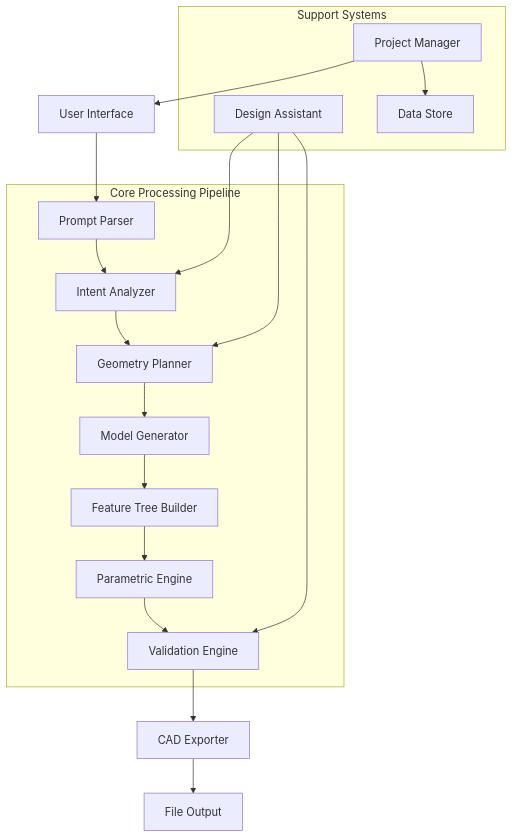
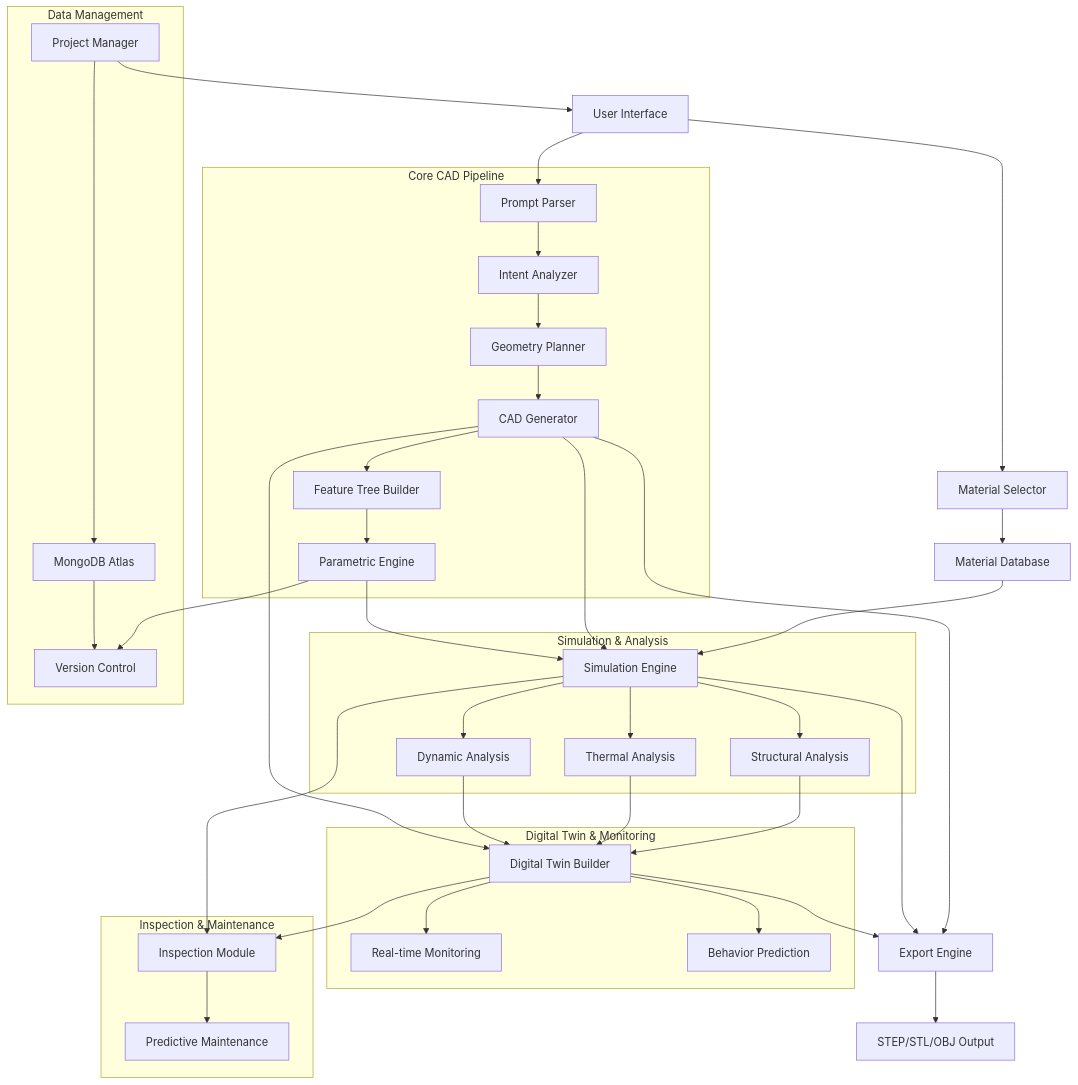
One commit to Yashvi2874/digiform_2.0 changed the diagram in design.md. Above: the diagram before and after it, drawn with Mermaid. The commit also changed other lines of this file and 2 other files, not shown here.

````diff
--- a/design.md
+++ b/design.md
@@ -13,35 +22,75 @@
 ```mermaid
 graph TB
     A[User Interface] --> B[Prompt Parser]
-    B --> C[Intent Analyzer]
-    C --> D[Geometry Planner]
-    D --> E[Model Generator]
-    E --> F[Feature Tree Builder]
-    F --> G[Parametric Engine]
-    G --> H[Validation Engine]
-    H --> I[CAD Exporter]
-    I --> J[File Output]
+    A --> C[Material Selector]
+    B --> D[Intent Analyzer]
+    C --> E[Material Database]
+    D --> F[Geometry Planner]
+    F --> G[CAD Generator]
+    G --> H[Feature Tree Builder]
+    H --> I[Parametric Engine]
+    I --> J[Version Control]
     
-    K[Design Assistant] --> C
-    K --> D
-    K --> H
+    E --> K[Simulation Engine]
+    G --> K
+    I --> K
     
-    L[Project Manager] --> A
-    L --> M[Data Store]
+    K --> L[Structural Analysis]
+    K --> M[Thermal Analysis]
+    K --> N[Dynamic Analysis]
     
-    subgraph "Core Processing Pipeline"
+    L --> O[Digital Twin Builder]
+    M --> O
+    N --> O
+    G --> O
+    
+    O --> P[Real-time Monitoring]
+    O --> Q[Behavior Prediction]
+    
+    K --> R[Inspection Module]
+    O --> R
+    R --> S[Predictive Maintenance]
+    
+    G --> T[Export Engine]
+    K --> T
+    O --> T
+    
+    T --> U[STEP/STL/OBJ Output]
+    
+    V[Project Manager] --> A
+    V --> W[MongoDB Atlas]
+    W --> J
+    
+    subgraph "Core CAD Pipeline"
         B
-        C
         D
-        E
         F
         G
         H
+        I
     end
     
-    subgraph "Support Systems"
+    subgraph "Simulation & Analysis"
         K
         L
         M
+        N
+    end
+    
+    subgraph "Digital Twin & Monitoring"
+        O
+        P
+        Q
+    end
+    
+    subgraph "Inspection & Maintenance"
+        R
+        S
+    end
+    
+    subgraph "Data Management"
+        V
+        W
+        J
     end
 ```
````
